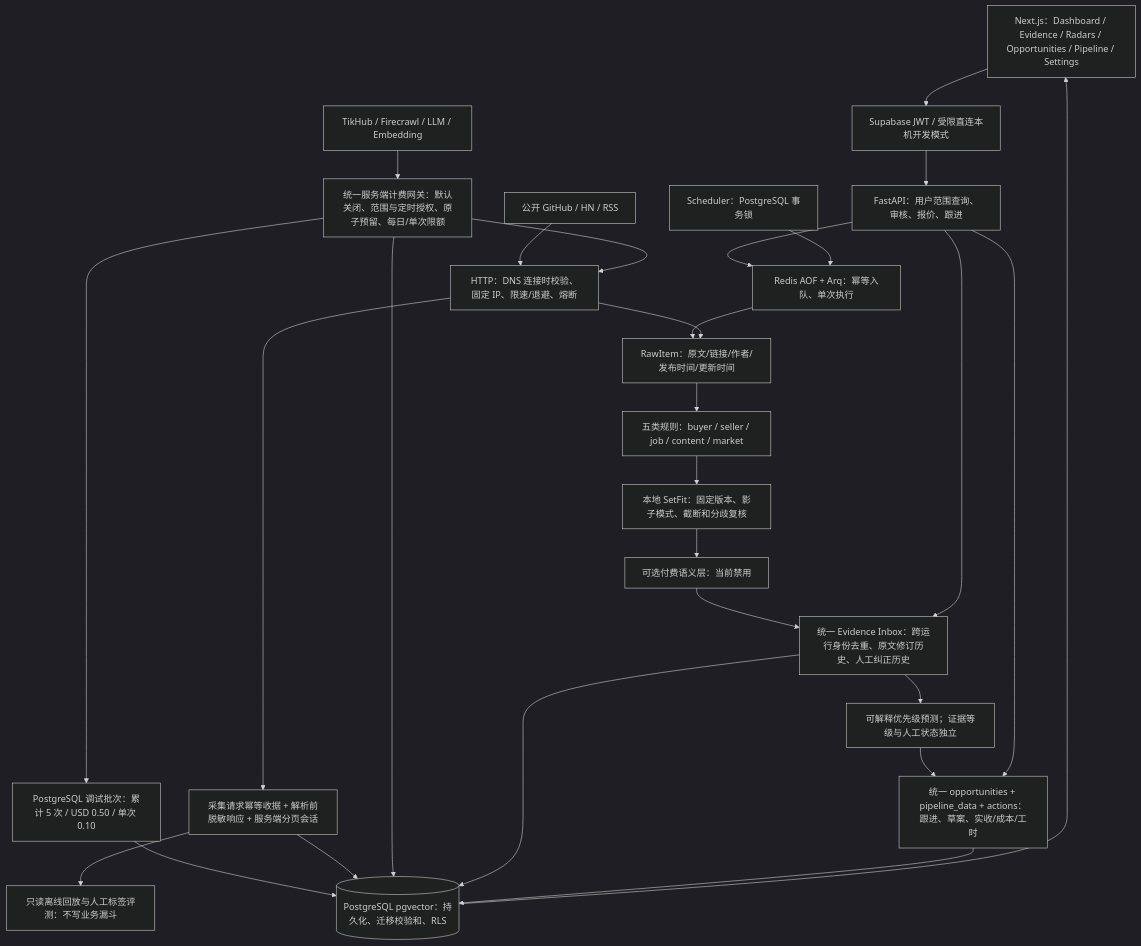
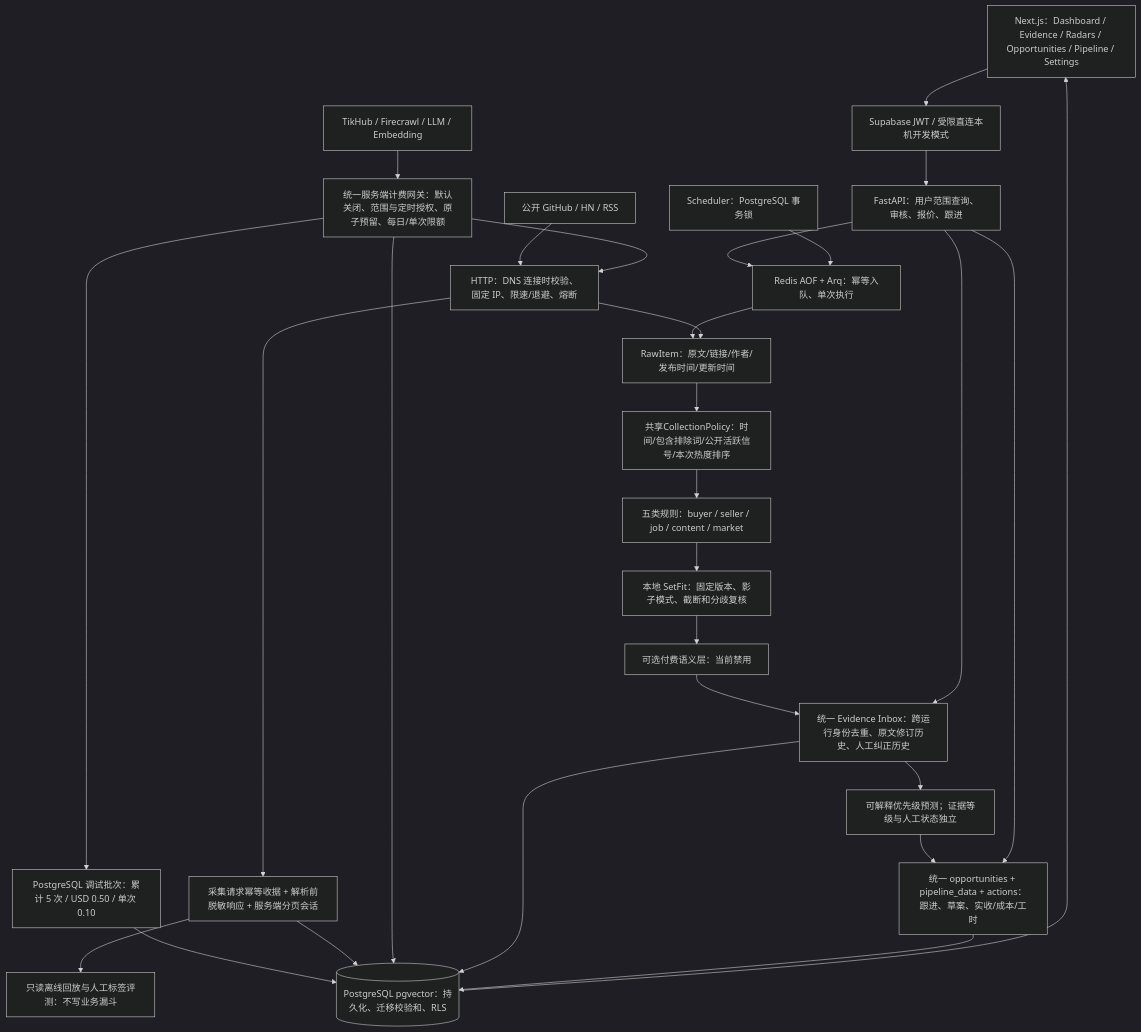
The diagram in CURRENT_ARCHITECTURE.md (Joho6666/opportunity-radar), drawn with Mermaid (dark theme) before and after one commit. The commit also changed other lines of this file and 3 other files, not shown here.

````diff
--- a/CURRENT_ARCHITECTURE.md
+++ b/CURRENT_ARCHITECTURE.md
@@ -5,38 +5,39 @@
 ```mermaid
 flowchart TB
  UI[Next.js：Dashboard / Evidence / Radars / Opportunities / Pipeline / Settings]
  AUTH[Supabase JWT / 受限直连本机开发模式]
  API[FastAPI：用户范围查询、审核、报价、跟进]
  QUEUE[Redis AOF + Arq：幂等入队、单次执行]
  SCH[Scheduler：PostgreSQL 事务锁]
  FREE[公开 GitHub / HN / RSS]
  PAID[TikHub / Firecrawl / LLM / Embedding]
  BILL[统一服务端计费网关：默认关闭、范围与定时授权、原子预留、每日/单次限额]
  BATCH[PostgreSQL 调试批次：累计 5 次 / USD 0.50 / 单次 0.10]
  RECEIPT[采集请求幂等收据 + 解析前脱敏响应 + 服务端分页会话]
  REPLAY[只读离线回放与人工标签评测：不写业务漏斗]
  HTTP[HTTP：DNS 连接时校验、固定 IP、限速/退避、熔断]
  RAW[RawItem：原文/链接/作者/发布时间/更新时间]
+ FILTER[共享CollectionPolicy：时间/包含排除词/公开活跃信号/本次热度排序]
  RULE[五类规则：buyer / seller / job / content / market]
  LOCAL[本地 SetFit：固定版本、影子模式、截断和分歧复核]
  AI[可选付费语义层：当前禁用]
  EVID[统一 Evidence Inbox：跨运行身份去重、原文修订历史、人工纠正历史]
  SCORE[可解释优先级预测；证据等级与人工状态独立]
  CRM[统一 opportunities + pipeline_data + actions：跟进、草案、实收/成本/工时]
  PG[(PostgreSQL pgvector：持久化、迁移校验和、RLS)]
  UI --> AUTH --> API
  API --> QUEUE
  SCH --> QUEUE --> RAW
  FREE --> HTTP --> RAW
  PAID --> BILL --> HTTP
  BILL --> BATCH --> PG
  HTTP --> RECEIPT --> PG
  RECEIPT --> REPLAY
- RAW --> RULE --> LOCAL --> AI --> EVID --> SCORE --> CRM
+ RAW --> FILTER --> RULE --> LOCAL --> AI --> EVID --> SCORE --> CRM
  API --> EVID
  API --> CRM
  BILL --> PG
  EVID --> PG
  CRM --> PG
  PG --> UI
 ```
````
